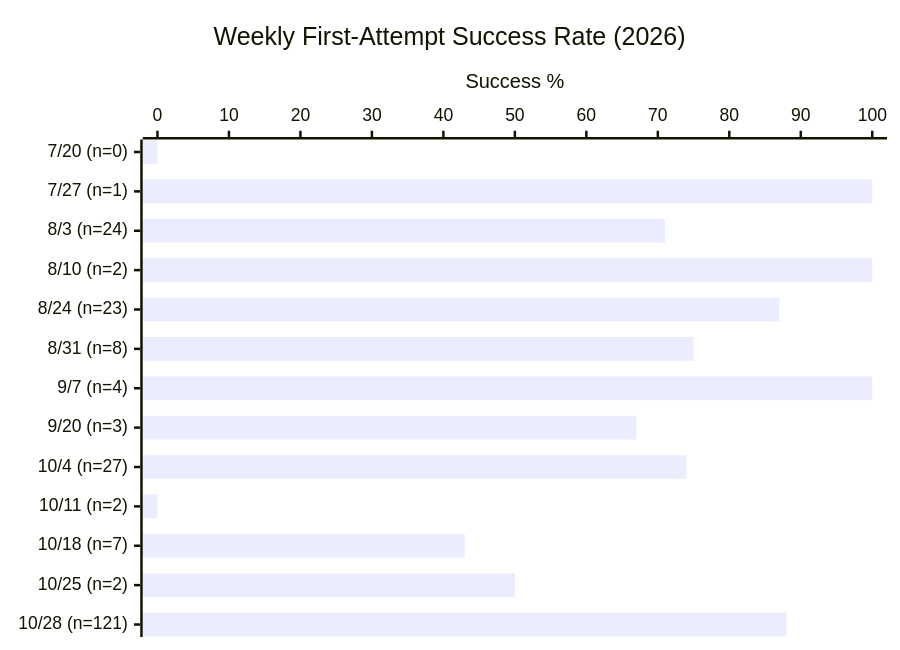
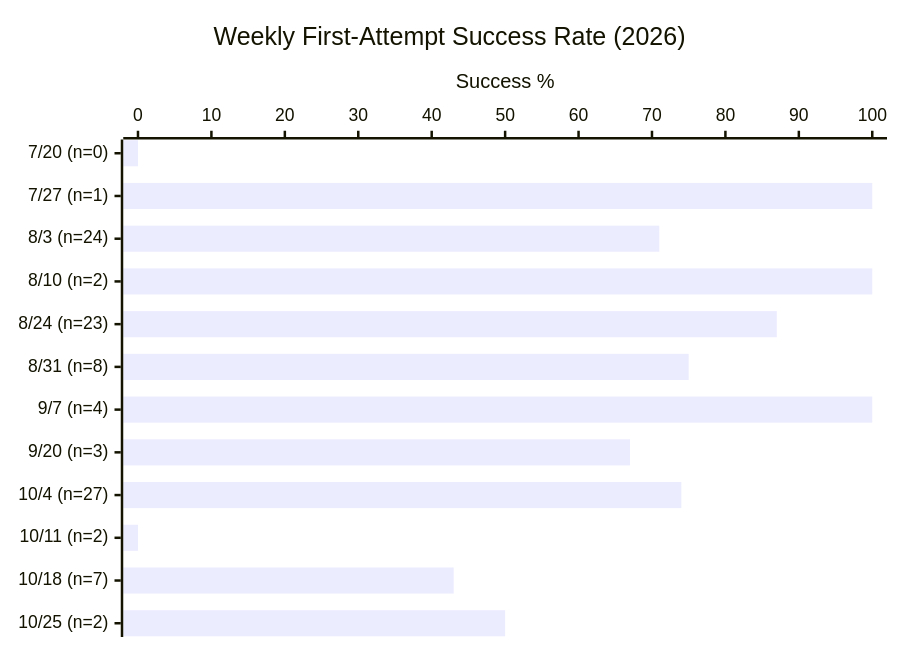
One commit to Bhavy-Ranka/patina changed the first of 3 diagrams in EVAL.md. Above: the diagram before and after it, drawn with Mermaid. The commit also changed other lines of this file and 1 other file, not shown here.

````diff
--- a/EVAL.md
+++ b/EVAL.md
@@ -100,7 +100,7 @@
 ```mermaid
 xychart-beta horizontal
     title "Weekly First-Attempt Success Rate (2026)"
-    x-axis ["7/20 (n=0)", "7/27 (n=1)", "8/3 (n=24)", "8/10 (n=2)", "8/24 (n=23)", "8/31 (n=8)", "9/7 (n=4)", "9/20 (n=3)", "10/4 (n=27)", "10/11 (n=2)", "10/18 (n=7)", "10/25 (n=2)", "10/28 (n=121)"]
+    x-axis ["7/20 (n=0)", "7/27 (n=1)", "8/3 (n=24)", "8/10 (n=2)", "8/24 (n=23)", "8/31 (n=8)", "9/7 (n=4)", "9/20 (n=3)", "10/4 (n=27)", "10/11 (n=2)", "10/18 (n=7)", "10/25 (n=2)"]
     y-axis "Success %" 0 --> 100
-    bar [0, 100, 71, 100, 87, 75, 100, 67, 74, 0, 43, 50, 88]
+    bar [0, 100, 71, 100, 87, 75, 100, 67, 74, 0, 43, 50]
 ```
````
